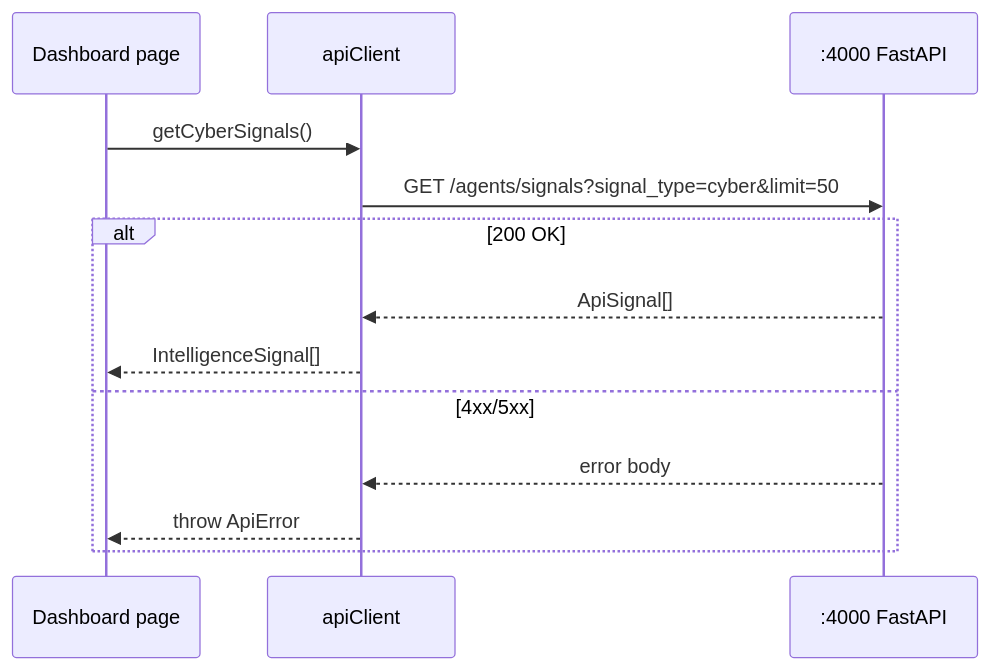
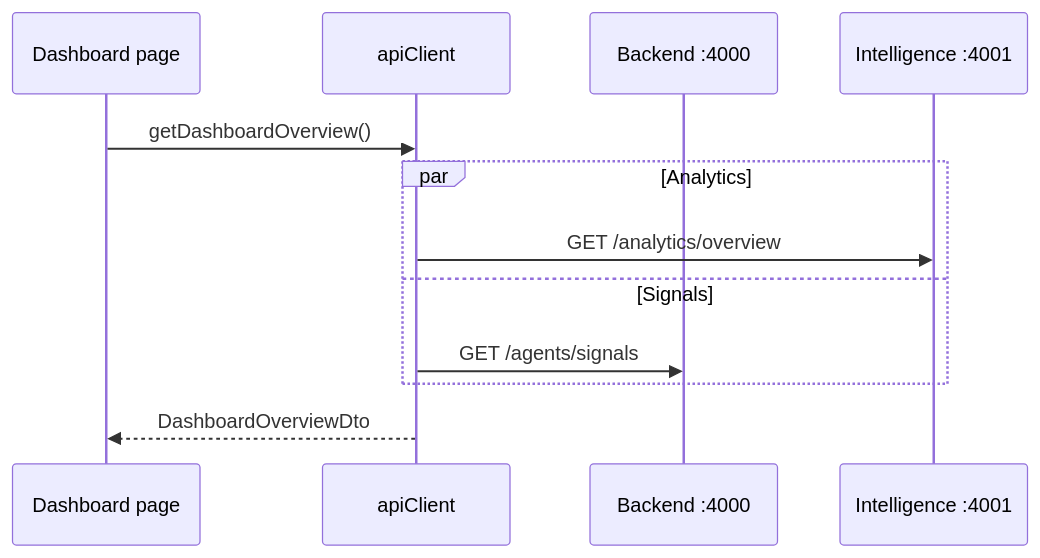
Before and after one commit to JayXCoder/SentinelX: the diagram in sentinelx-frontend/docs/api-integration.md, drawn with Mermaid. The commit also changed other lines of this file and 158 other files, not shown here.

````diff
--- a/sentinelx-frontend/docs/api-integration.md
+++ b/sentinelx-frontend/docs/api-integration.md
@@ -39,16 +53,15 @@
 ```mermaid
 sequenceDiagram
   participant Page as Dashboard page
   participant AC as apiClient
-  participant API as :4000 FastAPI
+  participant BE as Backend :4000
+  participant IN as Intelligence :4001
 
-  Page->>AC: getCyberSignals()
-  AC->>API: GET /agents/signals?signal_type=cyber&limit=50
-  alt 200 OK
-    API-->>AC: ApiSignal[]
-    AC-->>Page: IntelligenceSignal[]
-  else 4xx/5xx
-    API-->>AC: error body
-    AC-->>Page: throw ApiError
+  Page->>AC: getDashboardOverview()
+  par Analytics
+    AC->>IN: GET /analytics/overview
+  and Signals
+    AC->>BE: GET /agents/signals
   end
+  AC-->>Page: DashboardOverviewDto
 ```
````
